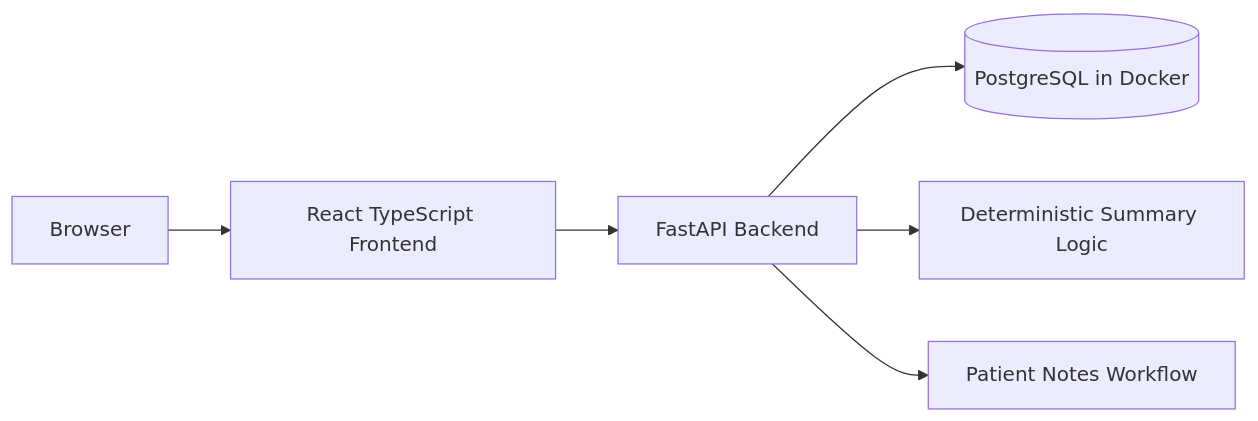
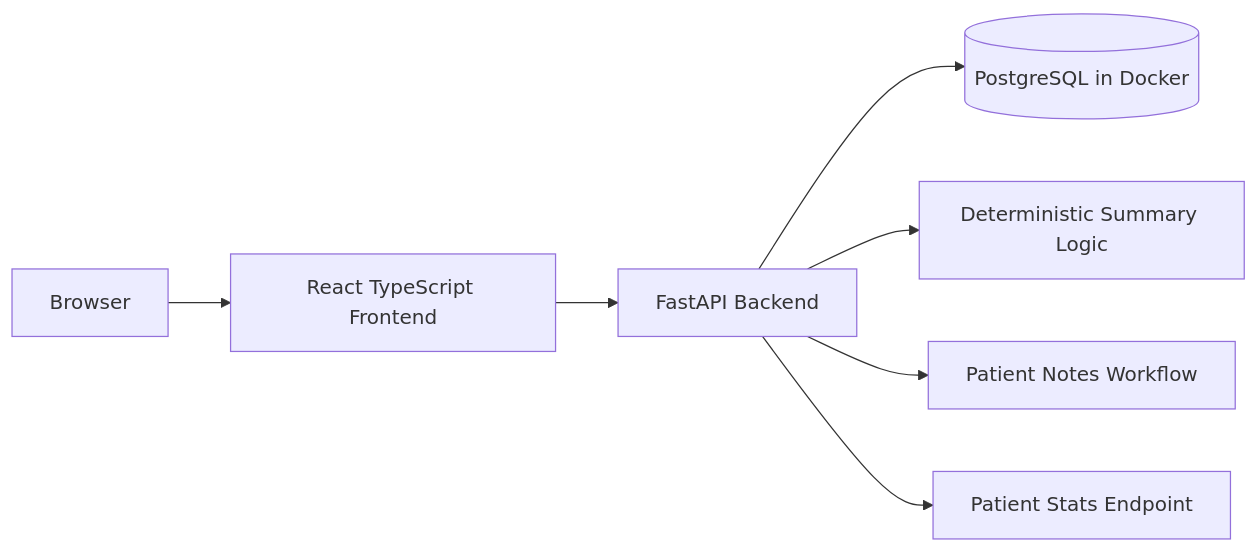
The diagram in README.md (ngavelek/ascertain-healthcare-dashboard), drawn with Mermaid before and after one commit. The commit also changed other lines of this file and 3 other files, not shown here.

````diff
--- a/README.md
+++ b/README.md
@@ -166,8 +109,9 @@
 ```mermaid
 flowchart LR
   Browser[Browser] --> Web[React TypeScript Frontend]
   Web --> API[FastAPI Backend]
   API --> DB[(PostgreSQL in Docker)]
   API --> Summary[Deterministic Summary Logic]
   API --> Notes[Patient Notes Workflow]
+  API --> Stats[Patient Stats Endpoint]
 ```
````
